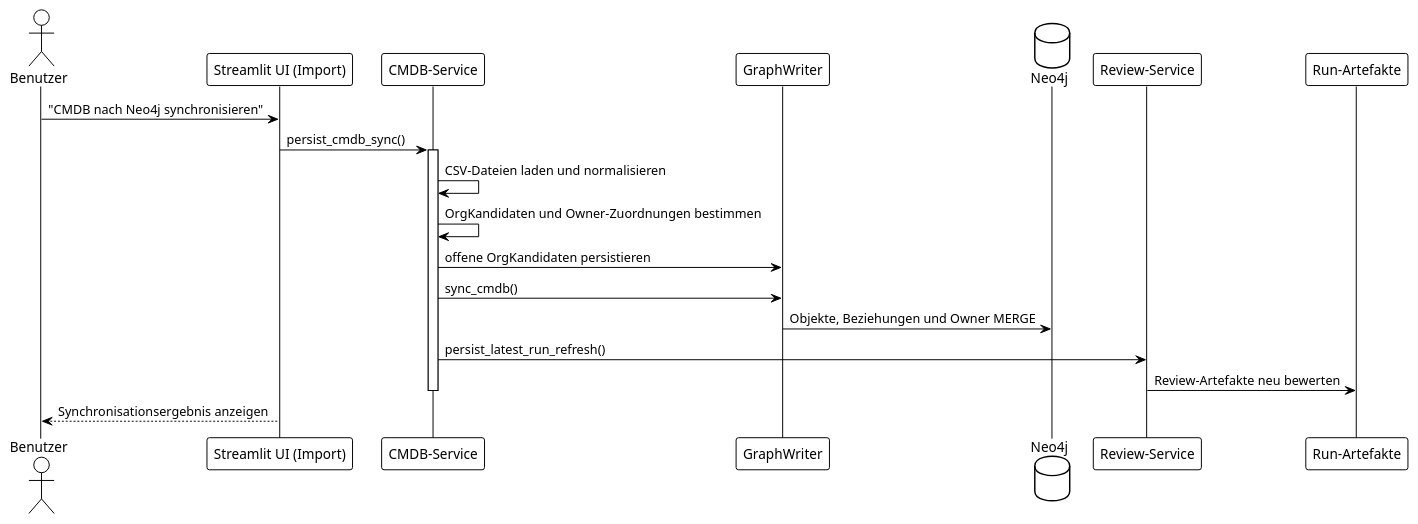
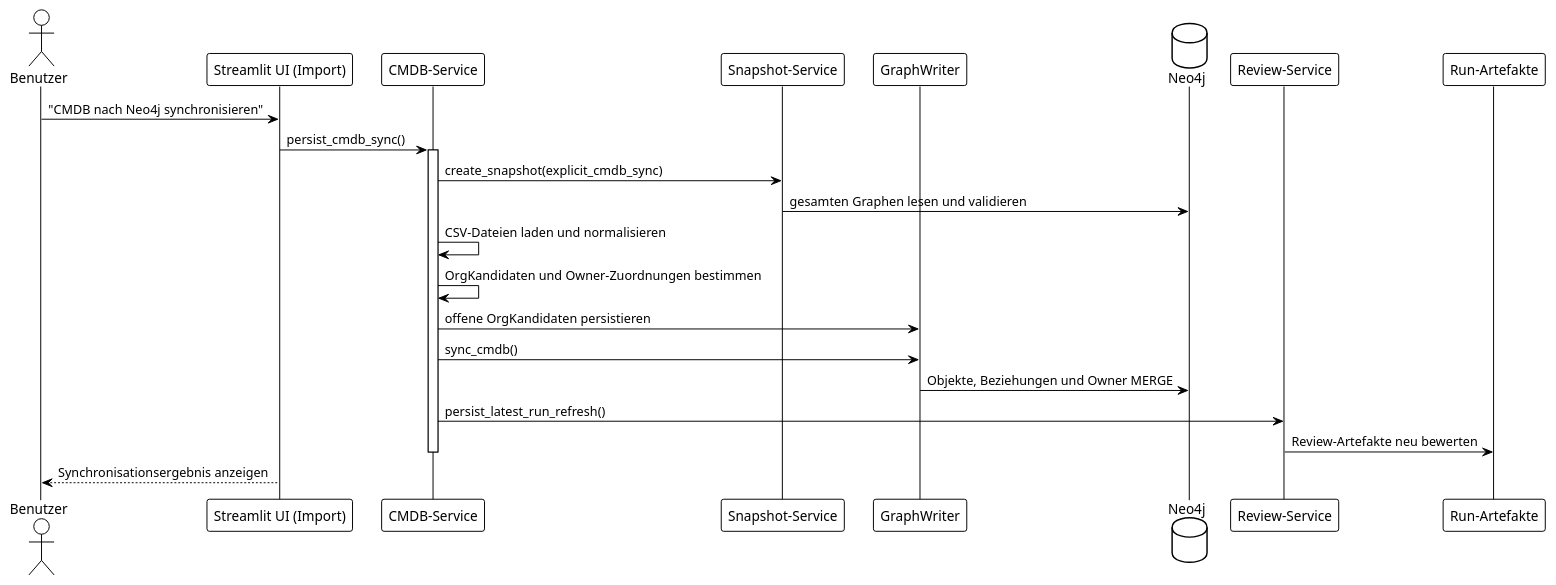
Before and after one commit to max-dingsda/BRIDGR: the diagram in Specs/BRIDGR_Sequenzdiagramme_003.puml, drawn with PlantUML. The commit also changed 30 other files, not shown here.

Commit message:
v.029.0 feat: add graph snapshot and restore workflow

```diff
--- a/Specs/BRIDGR_Sequenzdiagramme_003.puml
+++ b/Specs/BRIDGR_Sequenzdiagramme_003.puml
@@ -1,23 +1,26 @@
 @startuml BRIDGR_Sequenzdiagramme_003
 !theme plain
 actor "Benutzer" as User
 participant "Streamlit UI (Import)" as UI
 participant "CMDB-Service" as Cmdb
+participant "Snapshot-Service" as Snapshot
 participant "GraphWriter" as Writer
 database "Neo4j" as Neo4j
 participant "Review-Service" as Review
 participant "Run-Artefakte" as Artifacts
 
 User -> UI : "CMDB nach Neo4j synchronisieren"
 UI -> Cmdb : persist_cmdb_sync()
 activate Cmdb
+Cmdb -> Snapshot : create_snapshot(explicit_cmdb_sync)
+Snapshot -> Neo4j : gesamten Graphen lesen und validieren
 Cmdb -> Cmdb : CSV-Dateien laden und normalisieren
 Cmdb -> Cmdb : OrgKandidaten und Owner-Zuordnungen bestimmen
 Cmdb -> Writer : offene OrgKandidaten persistieren
 Cmdb -> Writer : sync_cmdb()
 Writer -> Neo4j : Objekte, Beziehungen und Owner MERGE
 Cmdb -> Review : persist_latest_run_refresh()
 Review -> Artifacts : Review-Artefakte neu bewerten
 deactivate Cmdb
 UI --> User : Synchronisationsergebnis anzeigen
 @enduml
```
